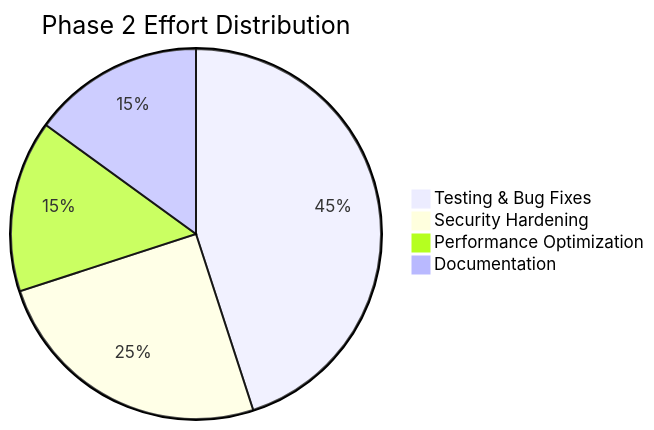
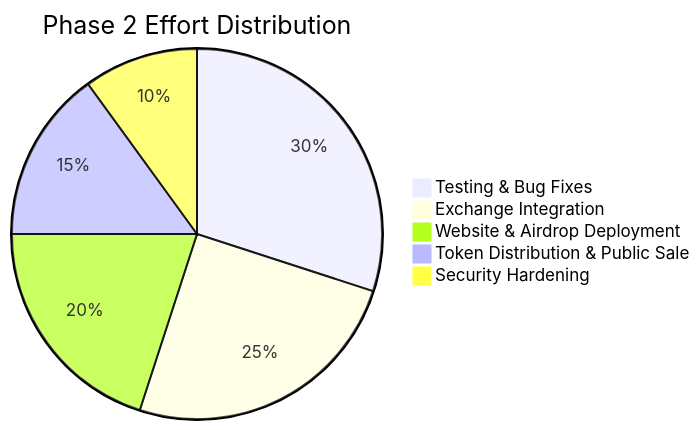
The eighth of 11 diagrams in ROADMAP.md (33imattei33/roadmap-project), drawn with Mermaid before and after one commit. The commit also changed other lines of this file, not shown here.

First line of the commit message:
docs: rewrite roadmap with Phase 2/3 deadlines and remove upstream references

````diff
--- a/ROADMAP.md
+++ b/ROADMAP.md
@@ -334,7 +323,8 @@
 ```mermaid
 pie title Phase 2 Effort Distribution
-    "Testing & Bug Fixes" : 45
-    "Security Hardening" : 25
-    "Performance Optimization" : 15
-    "Documentation" : 15
+    "Testing & Bug Fixes" : 30
+    "Exchange Integration" : 25
+    "Website & Airdrop Deployment" : 20
+    "Token Distribution & Public Sale" : 15
+    "Security Hardening" : 10
 ```
````
